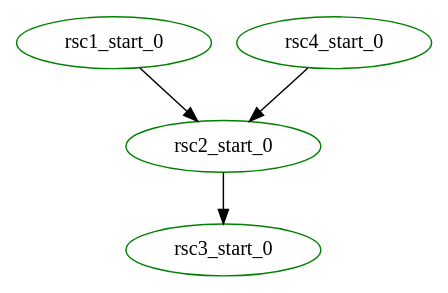
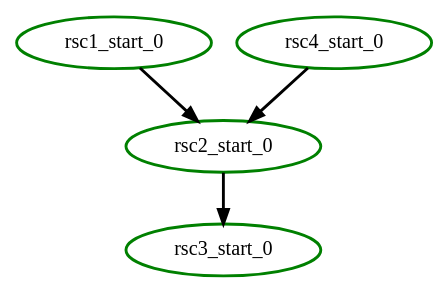
One commit to richiewen8/heartbeat changed the diagram in crm/pengine/testcases/order2.dot. Above: the diagram before and after it, drawn with Graphviz. The commit also changed 101 other files, not shown here.

```diff
--- a/crm/pengine/testcases/order2.dot
+++ b/crm/pengine/testcases/order2.dot
@@ -1,10 +1,10 @@
 digraph "g" {
 	size = "30,30"
-"rsc1_start_0" [ tooltip="node1" color="green" fontcolor="black" ]
-"rsc2_start_0" [ tooltip="node1" color="green" fontcolor="black" ]
-"rsc3_start_0" [ tooltip="node1" color="green" fontcolor="black" ]
-"rsc4_start_0" [ tooltip="node1" color="green" fontcolor="black" ]
-"rsc1_start_0" -> "rsc2_start_0"
-"rsc4_start_0" -> "rsc2_start_0"
-"rsc2_start_0" -> "rsc3_start_0"
+"rsc1_start_0" [ tooltip="node1" style=bold color="green" fontcolor="black" ]
+"rsc2_start_0" [ tooltip="node1" style=bold color="green" fontcolor="black" ]
+"rsc3_start_0" [ tooltip="node1" style=bold color="green" fontcolor="black" ]
+"rsc4_start_0" [ tooltip="node1" style=bold color="green" fontcolor="black" ]
+"rsc1_start_0" -> "rsc2_start_0" [ style = bold]
+"rsc4_start_0" -> "rsc2_start_0" [ style = bold]
+"rsc2_start_0" -> "rsc3_start_0" [ style = bold]
 }
```
